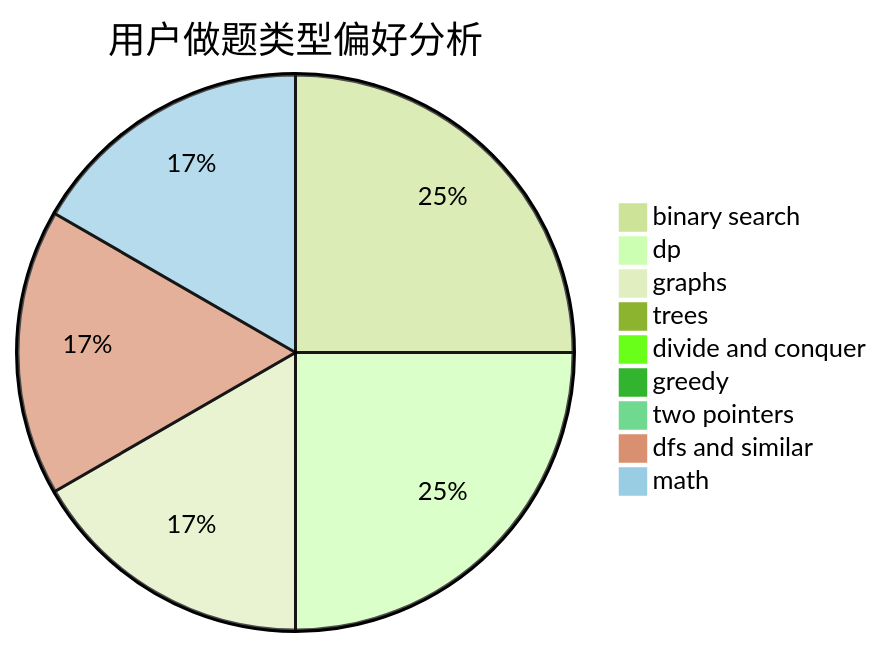
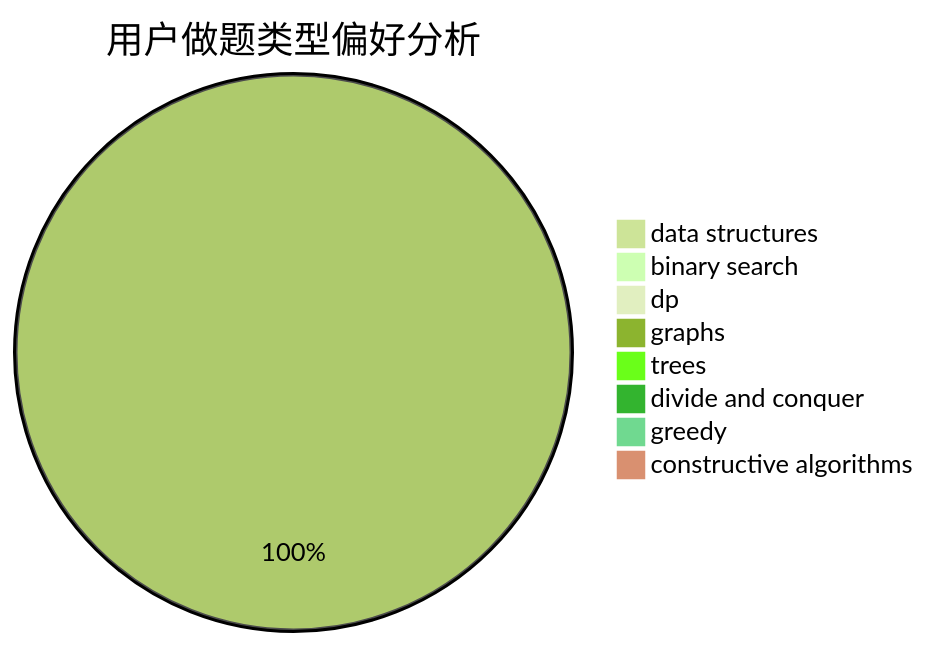
Before and after one commit to sherpahu/cfrs.github.io: the second of 3 diagrams in docs/user/u1421.md, drawn with Mermaid (forest theme). The commit also changed other lines of this file and 2775 other files, not shown here.

````diff
--- a/docs/user/u1421.md
+++ b/docs/user/u1421.md
@@ -23,12 +23,11 @@
 ```mermaid
 pie title 用户做题类型偏好分析
-    "binary search" :  3
-    "dp" :  3
+    "data structures" :  0
+    "binary search" :  0
+    "dp" :  0
     "graphs" :  2
     "trees" :  0
     "divide and conquer" :  0
     "greedy" :  0
-    "two pointers" :  0
-    "dfs and similar" :  2
-    "math" :  2
+    "constructive algorithms" :  0
 ```
````
